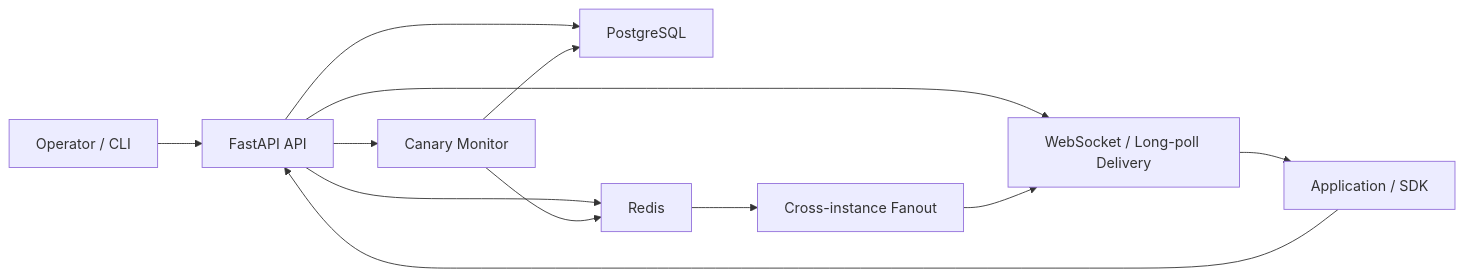
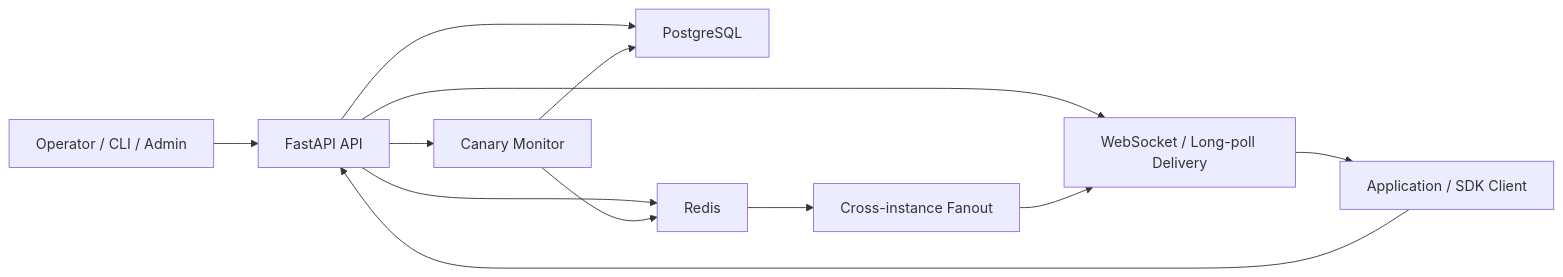
The first of 2 diagrams in README.md (Nava-deep/ConfigControl), drawn with Mermaid before and after one commit. The commit also changed other lines of this file, not shown here.

````diff
--- a/README.md
+++ b/README.md
@@ -65,14 +59,14 @@
 ```mermaid
 flowchart LR
-    Operator["Operator / CLI"] --> API["FastAPI API"]
-    Client["Application / SDK"] --> API
+    Operator["Operator / CLI / Admin"] --> API["FastAPI API"]
+    Service["Application / SDK Client"] --> API
     API --> DB["PostgreSQL"]
     API --> Redis["Redis"]
-    API --> Watch["WebSocket / Long-poll Delivery"]
+    API --> Delivery["WebSocket / Long-poll Delivery"]
     Redis --> Fanout["Cross-instance Fanout"]
-    Fanout --> Watch
+    Fanout --> Delivery
     API --> Canary["Canary Monitor"]
     Canary --> DB
     Canary --> Redis
-    Watch --> Client
+    Delivery --> Service
 ```
````
